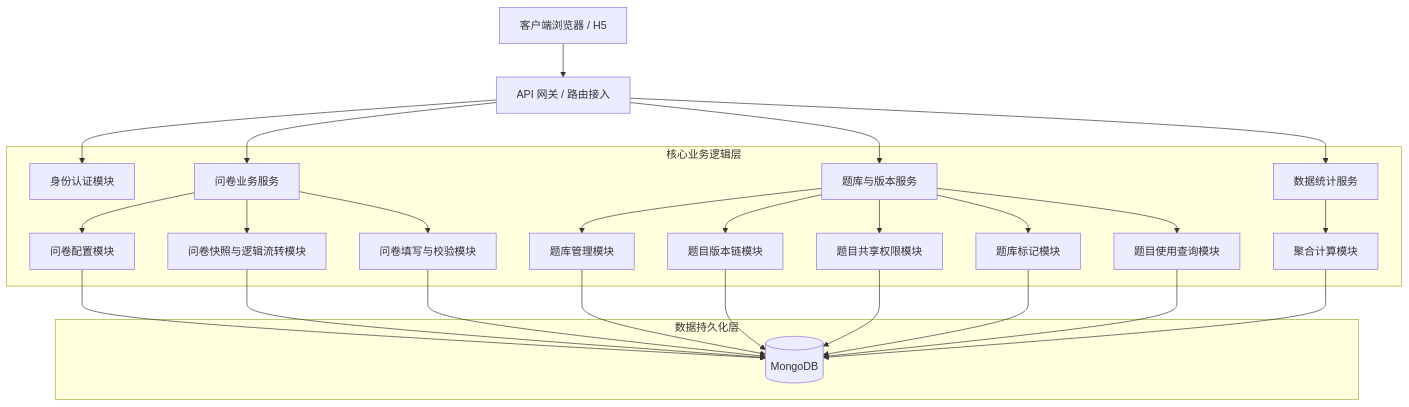
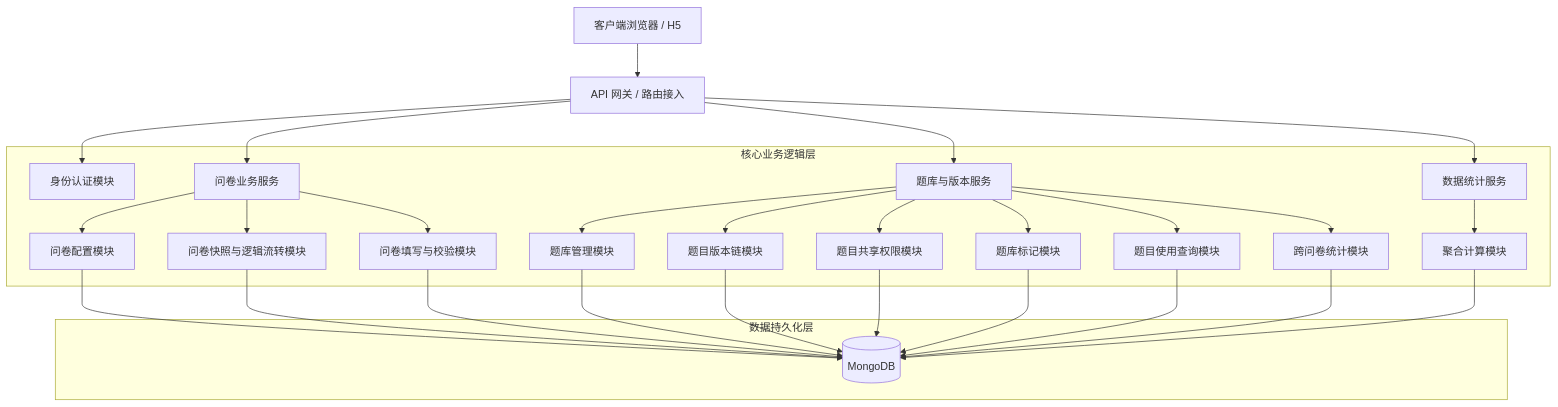
The first of 6 diagrams in doc/02-architecture.md (4bqwq/fastapi-mongo-survey), drawn with Mermaid before and after one commit. The commit also changed other lines of this file and 7 other files, not shown here.

````diff
--- a/doc/02-architecture.md
+++ b/doc/02-architecture.md
@@ -15,34 +15,36 @@
 ```mermaid
 flowchart TD
     Client[客户端浏览器 / H5] --> Gateway[API 网关 / 路由接入]
     
     Gateway --> AuthCenter[身份认证模块]
     Gateway --> SurveyBiz[问卷业务服务]
     Gateway --> QuestionBiz[题库与版本服务]
     Gateway --> StatBiz[数据统计服务]
 
     subgraph 核心业务逻辑层
         AuthCenter
         SurveyBiz --> Config[问卷配置模块]
         SurveyBiz --> Editor[问卷快照与逻辑流转模块]
         QuestionBiz --> Bank[题库管理模块]
         QuestionBiz --> Versioning[题目版本链模块]
         QuestionBiz --> Sharing[题目共享权限模块]
         QuestionBiz --> Library[题库标记模块]
         QuestionBiz --> Usage[题目使用查询模块]
+        QuestionBiz --> CrossStats[跨问卷统计模块]
         SurveyBiz --> Fill[问卷填写与校验模块]
         StatBiz --> Agg[聚合计算模块]
     end
 
     subgraph 数据持久化层
         Config --> Mongo[(MongoDB)]
         Editor --> Mongo
         Bank --> Mongo
         Versioning --> Mongo
         Sharing --> Mongo
         Library --> Mongo
         Usage --> Mongo
+        CrossStats --> Mongo
         Fill --> Mongo
         Agg --> Mongo
     end
 ```
````
